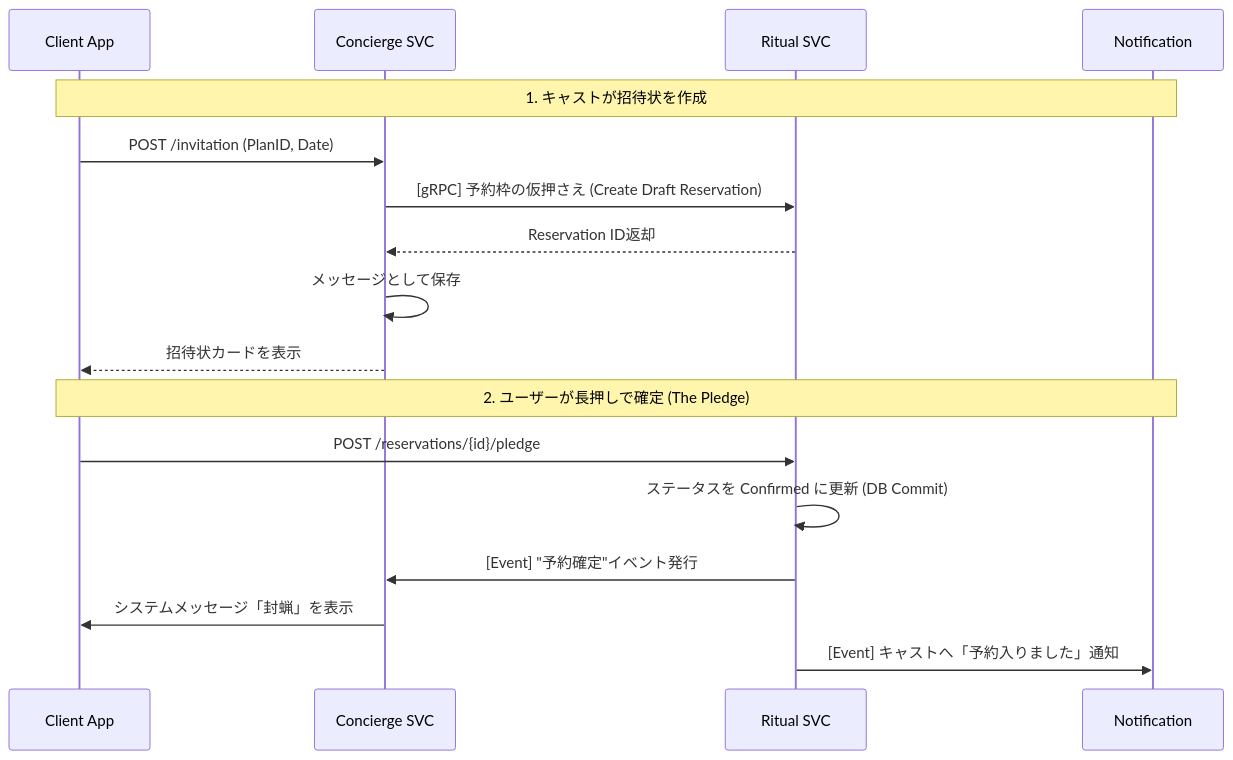
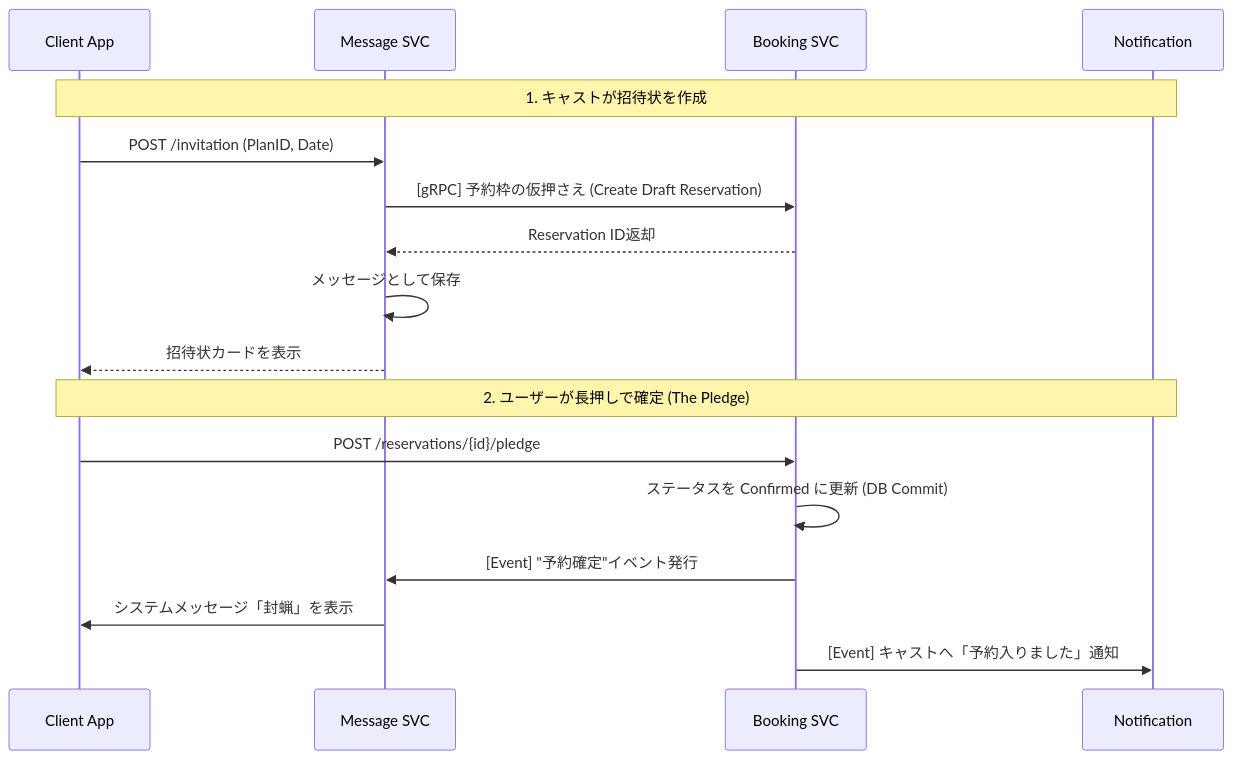
Before and after one commit to panicboat/monorepo: the diagram in services/handbooks/workspace/docs/分散システム設計/MICROSERVICE.md, drawn with Mermaid. The commit also changed other lines of this file and 70 other files, not shown here.

````diff
--- a/services/handbooks/workspace/docs/分散システム設計/MICROSERVICE.md
+++ b/services/handbooks/workspace/docs/分散システム設計/MICROSERVICE.md
@@ -77,22 +91,22 @@
 ```mermaid
 sequenceDiagram
     participant App as Client App
-    participant Chat as Concierge SVC
-    participant Book as Ritual SVC
+    participant Chat as Message SVC
+    participant Book as Booking SVC
     participant Push as Notification
 
     Note over App, Push: 1. キャストが招待状を作成
     App->>Chat: POST /invitation (PlanID, Date)
     Chat->>Book: [gRPC] 予約枠の仮押さえ (Create Draft Reservation)
     Book-->>Chat: Reservation ID返却
     Chat->>Chat: メッセージとして保存
     Chat-->>App: 招待状カードを表示
 
     Note over App, Push: 2. ユーザーが長押しで確定 (The Pledge)
     App->>Book: POST /reservations/{id}/pledge
     Book->>Book: ステータスを Confirmed に更新 (DB Commit)
     Book->>Chat: [Event] "予約確定"イベント発行
     Chat->>App: システムメッセージ「封蝋」を表示
     Book->>Push: [Event] キャストへ「予約入りました」通知
 
 ```
````
